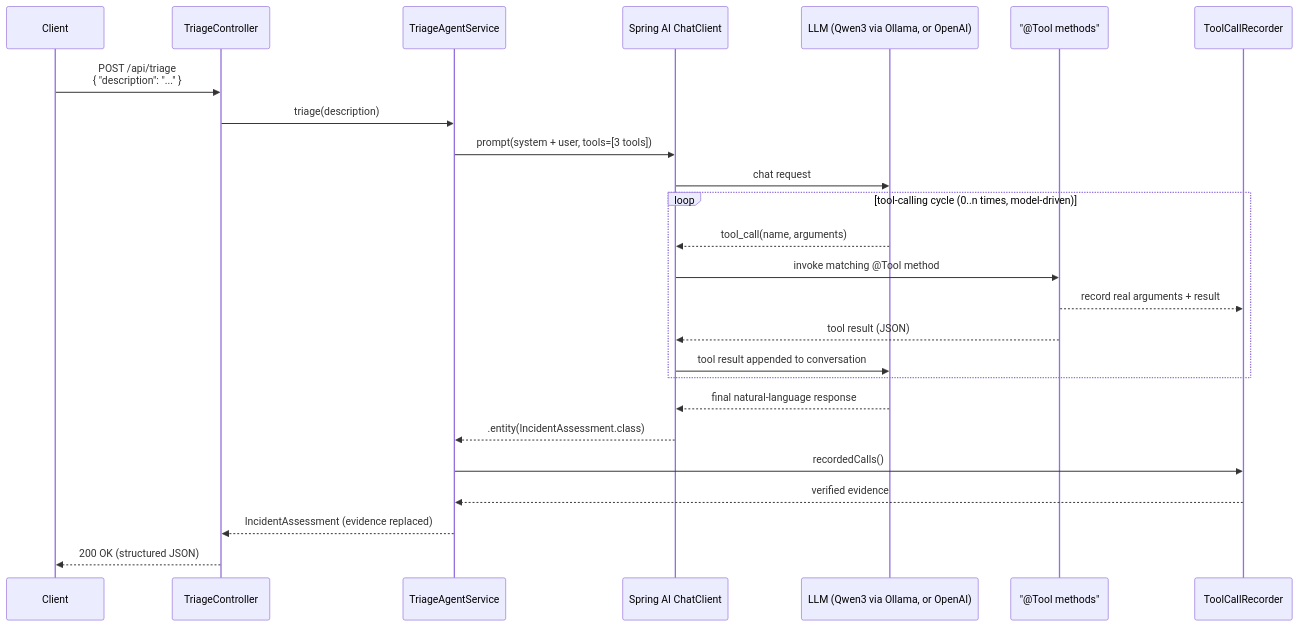
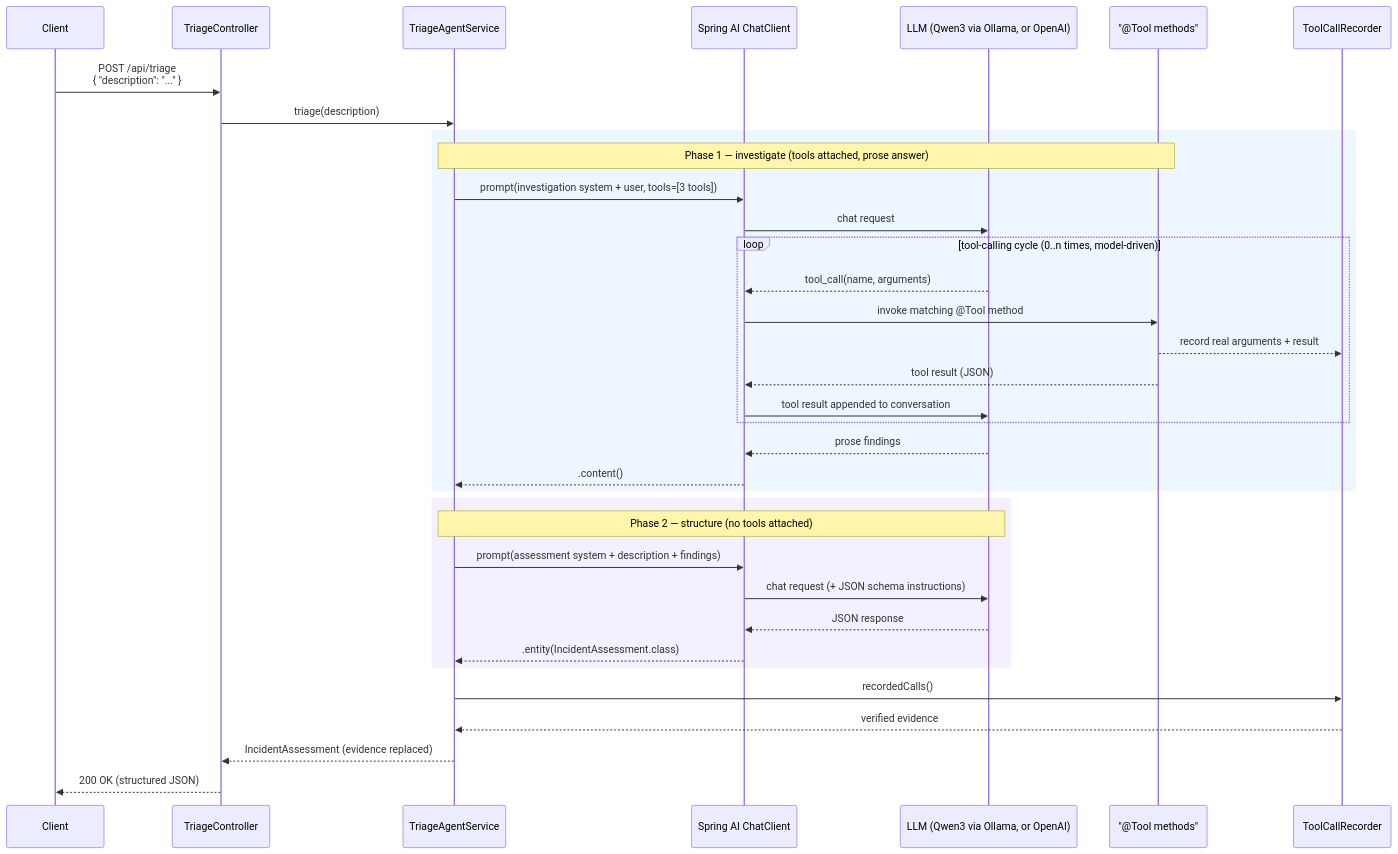
Before and after one commit to volsch/incident-triage-agent: the first of 4 diagrams in README.md, drawn with Mermaid. The commit also changed other lines of this file and 7 other files, not shown here.

````diff
--- a/README.md
+++ b/README.md
@@ -269,30 +425,43 @@
 ```mermaid
 sequenceDiagram
     participant Client
     participant Controller as TriageController
     participant Agent as TriageAgentService
     participant ChatClient as Spring AI ChatClient
     participant LLM as LLM (Qwen3 via Ollama, or OpenAI)
     participant Tools as "@Tool methods"
     participant Recorder as ToolCallRecorder
 
     Client->>Controller: POST /api/triage<br/>{ "description": "..." }
     Controller->>Agent: triage(description)
-    Agent->>ChatClient: prompt(system + user, tools=[3 tools])
+
+    rect rgb(238, 246, 255)
+    note over Agent,Tools: Phase 1 — investigate (tools attached, prose answer)
+    Agent->>ChatClient: prompt(investigation system + user, tools=[3 tools])
     ChatClient->>LLM: chat request
 
     loop tool-calling cycle (0..n times, model-driven)
         LLM-->>ChatClient: tool_call(name, arguments)
         ChatClient->>Tools: invoke matching @Tool method
         Tools-->>Recorder: record real arguments + result
         Tools-->>ChatClient: tool result (JSON)
         ChatClient->>LLM: tool result appended to conversation
     end
 
-    LLM-->>ChatClient: final natural-language response
+    LLM-->>ChatClient: prose findings
+    ChatClient-->>Agent: .content()
+    end
+
+    rect rgb(245, 240, 255)
+    note over Agent,LLM: Phase 2 — structure (no tools attached)
+    Agent->>ChatClient: prompt(assessment system + description + findings)
+    ChatClient->>LLM: chat request (+ JSON schema instructions)
+    LLM-->>ChatClient: JSON response
     ChatClient-->>Agent: .entity(IncidentAssessment.class)
+    end
+
     Agent->>Recorder: recordedCalls()
     Recorder-->>Agent: verified evidence
     Agent-->>Controller: IncidentAssessment (evidence replaced)
     Controller-->>Client: 200 OK (structured JSON)
 ```
````
